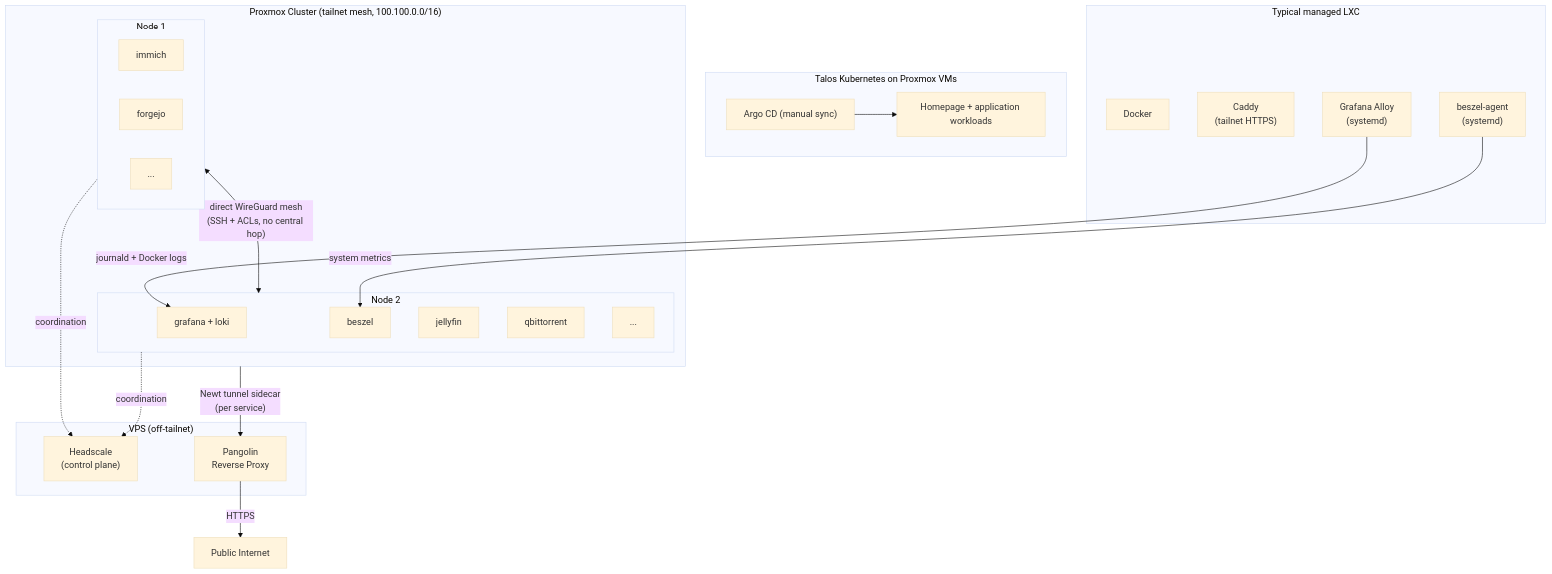
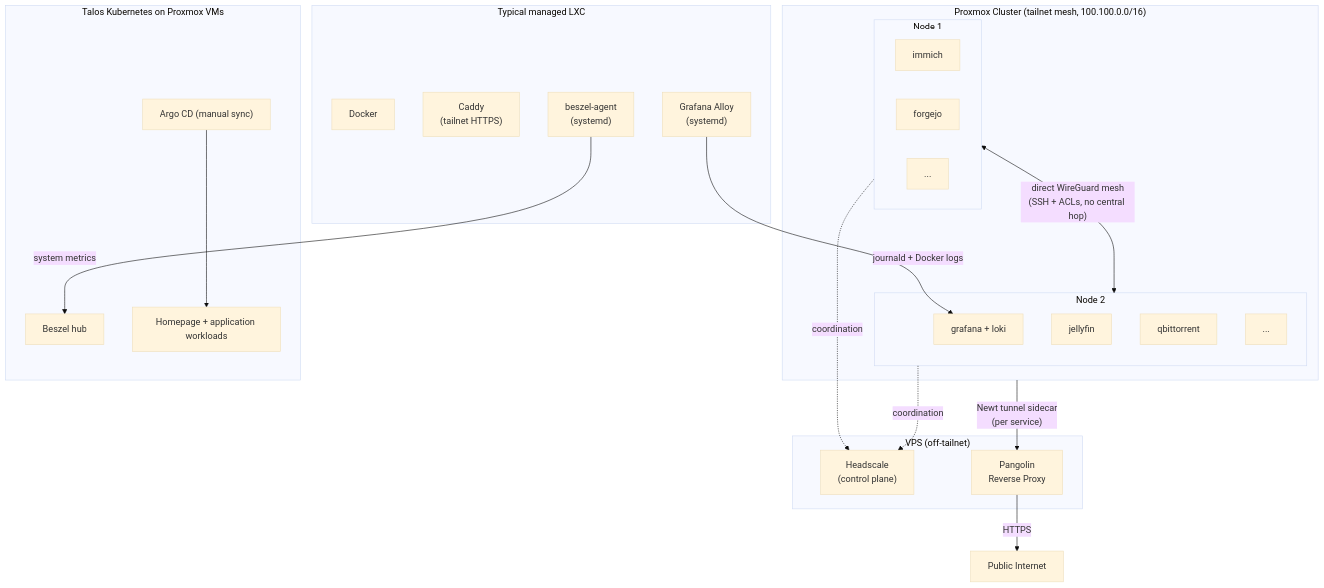
Before and after one commit to davegallant/homelab: the diagram in README.md, drawn with Mermaid (base theme). The commit also changed 8 other files, not shown here.

````diff
--- a/README.md
+++ b/README.md
@@ -21,44 +21,44 @@
 ```mermaid
 graph TD
     subgraph VPS["VPS (off-tailnet)"]
         headscale["Headscale\n(control plane)"]
         pangolin["Pangolin\nReverse Proxy"]
     end
 
     subgraph Proxmox["Proxmox Cluster (tailnet mesh, 100.100.0.0/16)"]
         subgraph N1["Node 1"]
             immich["immich"]
             forgejo["forgejo"]
             n1etc["..."]
         end
         subgraph N2["Node 2"]
             grafana["grafana + loki"]
-            beszel["beszel"]
             jellyfin["jellyfin"]
             qbittorrent["qbittorrent"]
             n2etc["..."]
         end
         N1 <-->|"direct WireGuard mesh\n(SSH + ACLs, no central hop)"| N2
     end
 
     subgraph Talos["Talos Kubernetes on Proxmox VMs"]
+        beszel["Beszel hub"]
         apps["Homepage + application workloads"]
         argocd["Argo CD (manual sync)"]
         argocd --> apps
     end
 
     N1 -.->|"coordination"| headscale
     N2 -.->|"coordination"| headscale
     Proxmox -->|"Newt tunnel sidecar\n(per service)"| pangolin
     pangolin -->|"HTTPS"| internet["Public Internet"]
 
     subgraph PerHost["Typical managed LXC"]
         docker["Docker"]
         caddy["Caddy\n(tailnet HTTPS)"]
         alloy["Grafana Alloy\n(systemd)"]
         beszelagent["beszel-agent\n(systemd)"]
     end
 
     alloy -->|"journald + Docker logs"| grafana
     beszelagent -->|"system metrics"| beszel
 ```
````
